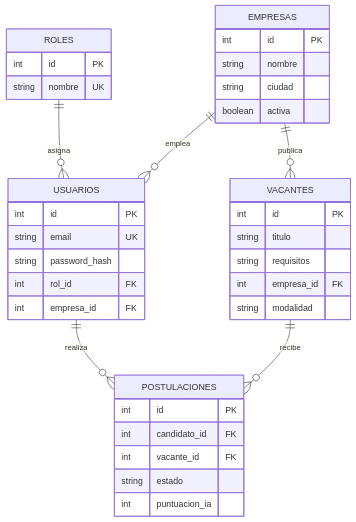
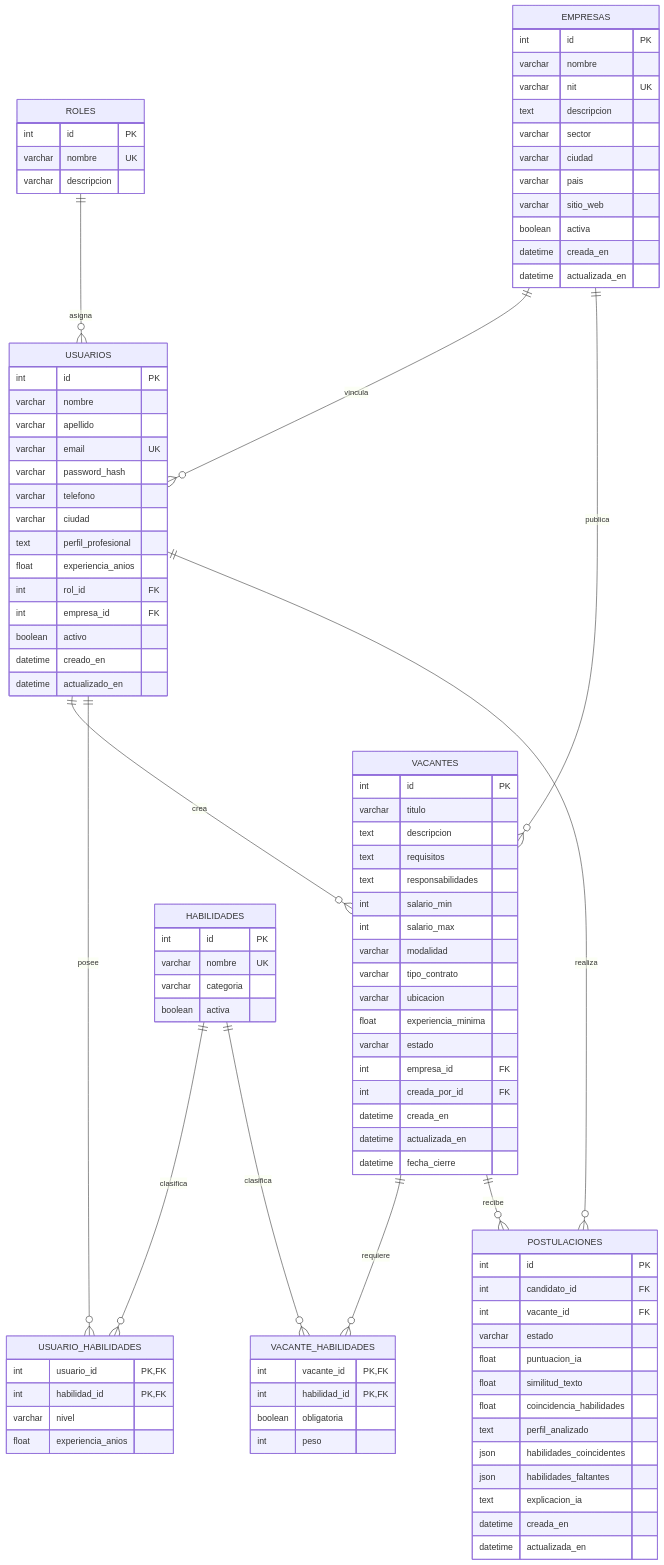
One commit to AngelVelasquez2007/TalentIA changed the diagram in docs/MODELO_DATOS.md. Above: the diagram before and after it, drawn with Mermaid. The commit also changed other lines of this file and 49 other files, not shown here.

````diff
--- a/docs/MODELO_DATOS.md
+++ b/docs/MODELO_DATOS.md
@@ -3,13 +5,107 @@
 ```mermaid
 erDiagram
-  ROLES ||--o{ USUARIOS : asigna
-  EMPRESAS ||--o{ USUARIOS : emplea
-  EMPRESAS ||--o{ VACANTES : publica
-  USUARIOS ||--o{ POSTULACIONES : realiza
-  VACANTES ||--o{ POSTULACIONES : recibe
-  ROLES { int id PK string nombre UK }
-  EMPRESAS { int id PK string nombre string ciudad boolean activa }
-  USUARIOS { int id PK string email UK string password_hash int rol_id FK int empresa_id FK }
-  VACANTES { int id PK string titulo string requisitos int empresa_id FK string modalidad }
-  POSTULACIONES { int id PK int candidato_id FK int vacante_id FK string estado int puntuacion_ia }
+    ROLES ||--o{ USUARIOS : asigna
+    EMPRESAS ||--o{ USUARIOS : vincula
+    EMPRESAS ||--o{ VACANTES : publica
+    USUARIOS ||--o{ VACANTES : crea
+    USUARIOS ||--o{ USUARIO_HABILIDADES : posee
+    HABILIDADES ||--o{ USUARIO_HABILIDADES : clasifica
+    VACANTES ||--o{ VACANTE_HABILIDADES : requiere
+    HABILIDADES ||--o{ VACANTE_HABILIDADES : clasifica
+    USUARIOS ||--o{ POSTULACIONES : realiza
+    VACANTES ||--o{ POSTULACIONES : recibe
+
+    ROLES {
+        int id PK
+        varchar nombre UK
+        varchar descripcion
+    }
+
+    EMPRESAS {
+        int id PK
+        varchar nombre
+        varchar nit UK
+        text descripcion
+        varchar sector
+        varchar ciudad
+        varchar pais
+        varchar sitio_web
+        boolean activa
+        datetime creada_en
+        datetime actualizada_en
+    }
+
+    USUARIOS {
+        int id PK
+        varchar nombre
+        varchar apellido
+        varchar email UK
+        varchar password_hash
+        varchar telefono
+        varchar ciudad
+        text perfil_profesional
+        float experiencia_anios
+        int rol_id FK
+        int empresa_id FK
+        boolean activo
+        datetime creado_en
+        datetime actualizado_en
+    }
+
+    HABILIDADES {
+        int id PK
+        varchar nombre UK
+        varchar categoria
+        boolean activa
+    }
+
+    USUARIO_HABILIDADES {
+        int usuario_id PK,FK
+        int habilidad_id PK,FK
+        varchar nivel
+        float experiencia_anios
+    }
+
+    VACANTES {
+        int id PK
+        varchar titulo
+        text descripcion
+        text requisitos
+        text responsabilidades
+        int salario_min
+        int salario_max
+        varchar modalidad
+        varchar tipo_contrato
+        varchar ubicacion
+        float experiencia_minima
+        varchar estado
+        int empresa_id FK
+        int creada_por_id FK
+        datetime creada_en
+        datetime actualizada_en
+        datetime fecha_cierre
+    }
+
+    VACANTE_HABILIDADES {
+        int vacante_id PK,FK
+        int habilidad_id PK,FK
+        boolean obligatoria
+        int peso
+    }
+
+    POSTULACIONES {
+        int id PK
+        int candidato_id FK
+        int vacante_id FK
+        varchar estado
+        float puntuacion_ia
+        float similitud_texto
+        float coincidencia_habilidades
+        text perfil_analizado
+        json habilidades_coincidentes
+        json habilidades_faltantes
+        text explicacion_ia
+        datetime creada_en
+        datetime actualizada_en
+    }
 ```
````
